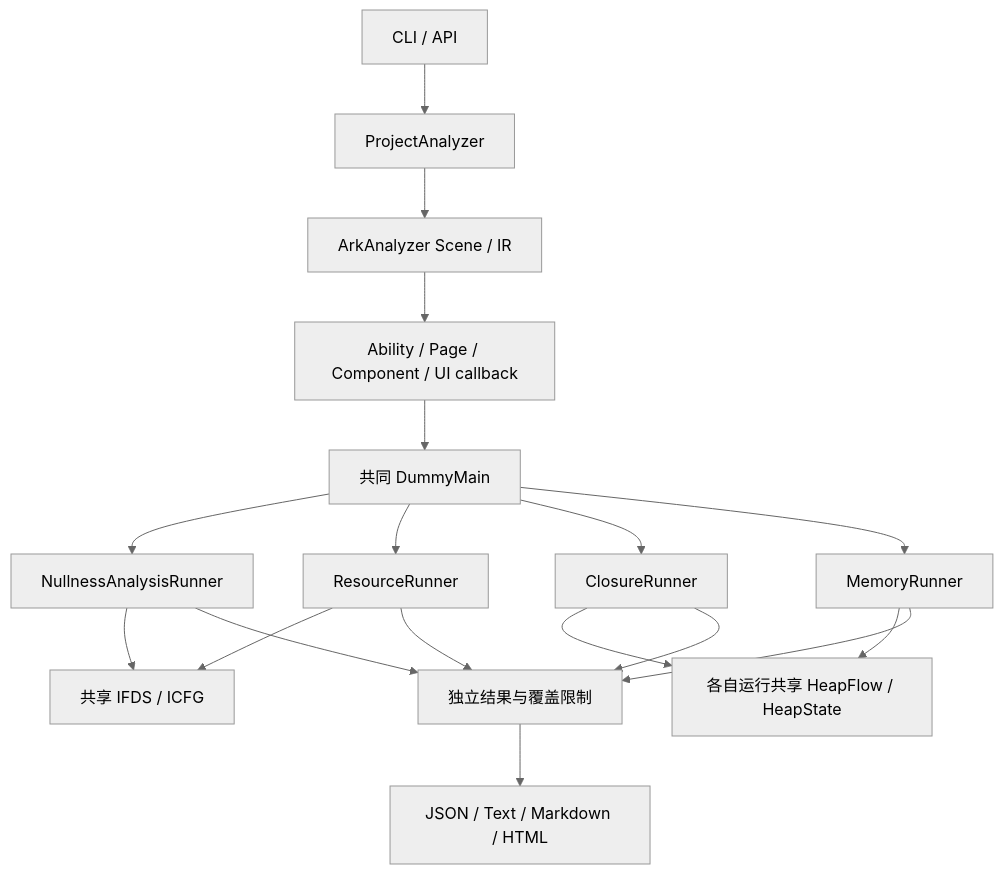
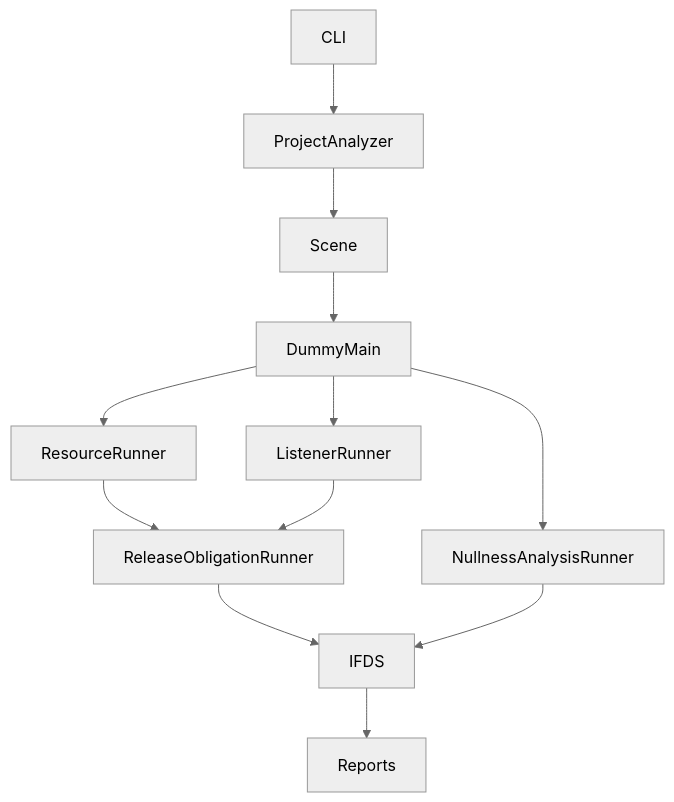
Before and after one commit to nomadjing/ArkLifeguard: the diagram in docs/architecture.md, drawn with Mermaid (neutral theme). The commit also changed other lines of this file and 51 other files, not shown here.

First line of the commit message:
refactor(analysis): unify resource and listener cleanup obligations

````diff
--- a/docs/architecture.md
+++ b/docs/architecture.md
@@ -7,20 +7,14 @@
 ```mermaid
 flowchart TD
-    CLI["CLI / API"] --> Project["ProjectAnalyzer"]
-    Project --> Scene["ArkAnalyzer Scene / IR"]
-    Scene --> Lifecycle["Ability / Page / Component / UI callback"]
-    Lifecycle --> Entry["共同 DummyMain"]
-    Entry --> Nullness["NullnessAnalysisRunner"]
-    Entry --> Resource["ResourceRunner"]
-    Entry --> Closure["ClosureRunner"]
-    Entry --> Memory["MemoryRunner"]
-    Nullness --> IFDS["共享 IFDS / ICFG"]
-    Resource --> IFDS
-    Closure --> Heap["各自运行共享 HeapFlow / HeapState"]
-    Memory --> Heap
-    Nullness --> Result["独立结果与覆盖限制"]
-    Resource --> Result
-    Closure --> Result
-    Memory --> Result
-    Result --> Report["JSON / Text / Markdown / HTML"]
+    CLI --> ProjectAnalyzer
+    ProjectAnalyzer --> Scene
+    Scene --> DummyMain
+    DummyMain --> ResourceRunner
+    DummyMain --> ListenerRunner
+    DummyMain --> NullnessAnalysisRunner
+    ResourceRunner --> ReleaseObligationRunner
+    ListenerRunner --> ReleaseObligationRunner
+    ReleaseObligationRunner --> IFDS
+    NullnessAnalysisRunner --> IFDS
+    IFDS --> Reports
 ```
````
